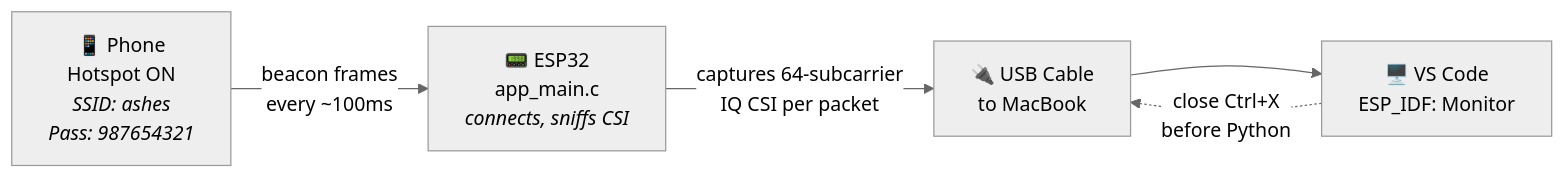
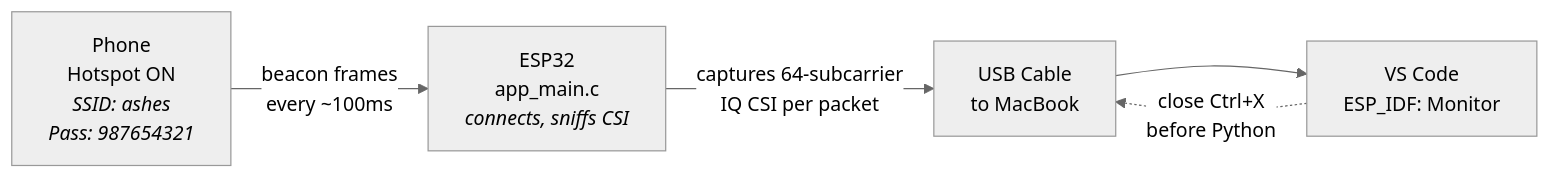
One commit to Fairtexas5/AetherScan-Seance changed the second of 7 diagrams in PROJECT_FLOW.md. Above: the diagram before and after it, drawn with Mermaid (neutral theme). The commit also changed other lines of this file and 5 other files, not shown here.

````diff
--- a/PROJECT_FLOW.md
+++ b/PROJECT_FLOW.md
@@ -28,12 +28,12 @@
 ```mermaid
 flowchart LR
-    H1["📱 Phone<br/>Hotspot ON<br/><i>SSID: ashes<br/>Pass: 987654321</i>"]
-    H2["📟 ESP32<br/>app_main.c<br/><i>connects, sniffs CSI</i>"]
-    H3["🔌 USB Cable<br/>to MacBook"]
-    H4["🖥️ VS Code<br/>ESP_IDF: Monitor"]
+    H1[" Phone<br/>Hotspot ON<br/><i>SSID: ashes<br/>Pass: 987654321</i>"]
+    H2[" ESP32<br/>app_main.c<br/><i>connects, sniffs CSI</i>"]
+    H3[" USB Cable<br/>to MacBook"]
+    H4[" VS Code<br/>ESP_IDF: Monitor"]
 
     H1 -- "beacon frames<br/>every ~100ms" --> H2
     H2 -- "captures 64-subcarrier<br/>IQ CSI per packet" --> H3
     H3 --> H4
     H4 -. "close Ctrl+X<br/>before Python" .-> H3
 ```
````
